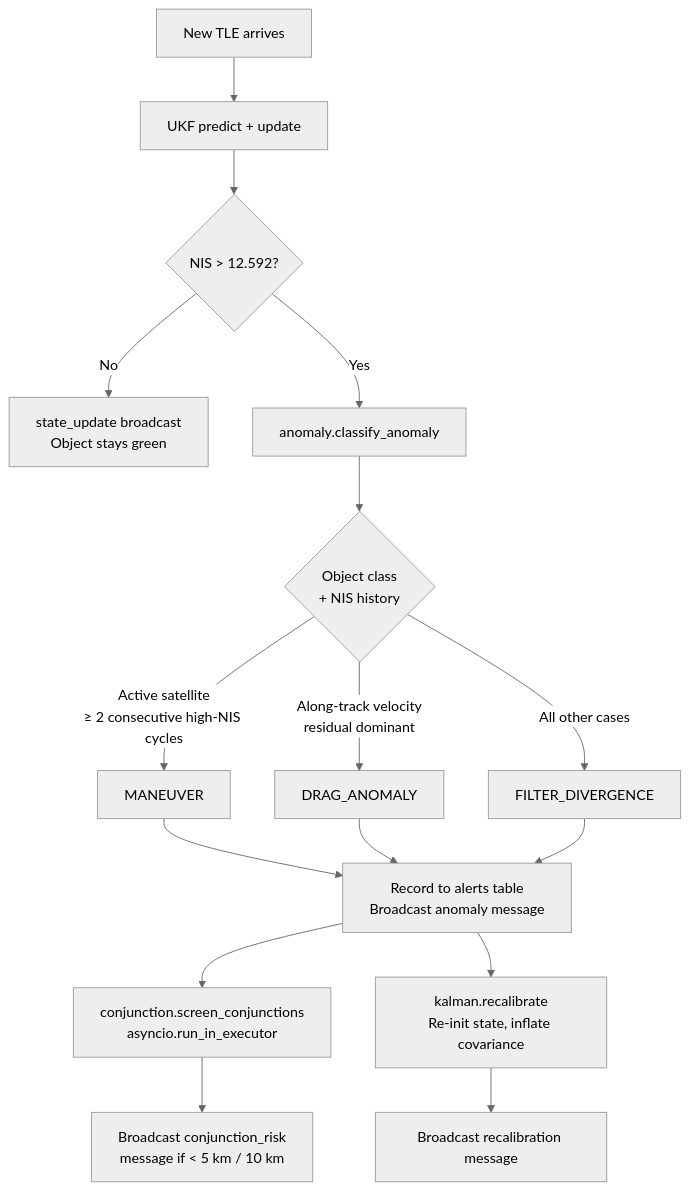
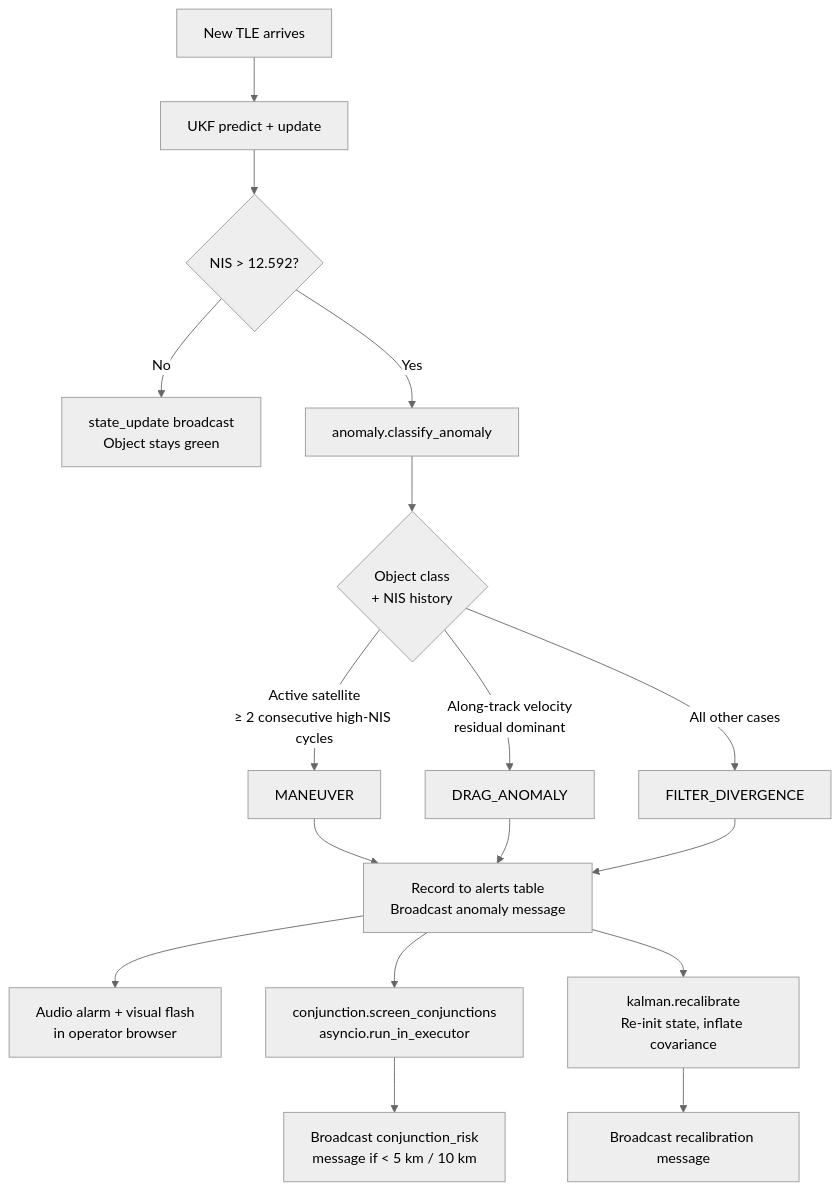
One commit to beamwarden/n-body changed the second of 2 diagrams in docs/reference/conops.md. Above: the diagram before and after it, drawn with Mermaid (neutral theme). The commit also changed other lines of this file and 25 other files, not shown here.

````diff
--- a/docs/reference/conops.md
+++ b/docs/reference/conops.md
@@ -112,16 +161,17 @@
 ```mermaid
 flowchart TD
     A[New TLE arrives] --> B[UKF predict + update]
     B --> C{NIS > 12.592?}
     C -->|No| D[state_update broadcast\nObject stays green]
     C -->|Yes| E[anomaly.classify_anomaly]
     E --> F{Object class\n+ NIS history}
     F -->|Active satellite\n≥ 2 consecutive high-NIS cycles| G[MANEUVER]
     F -->|Along-track velocity\nresidual dominant| H[DRAG_ANOMALY]
     F -->|All other cases| I[FILTER_DIVERGENCE]
     G & H & I --> J[Record to alerts table\nBroadcast anomaly message]
-    J --> K[conjunction.screen_conjunctions\nasyncio.run_in_executor]
-    K --> L[Broadcast conjunction_risk\nmessage if < 5 km / 10 km]
-    J --> M[kalman.recalibrate\nRe-init state, inflate covariance]
-    M --> N[Broadcast recalibration message]
+    J --> K[Audio alarm + visual flash\nin operator browser]
+    J --> L[conjunction.screen_conjunctions\nasyncio.run_in_executor]
+    L --> M[Broadcast conjunction_risk\nmessage if < 5 km / 10 km]
+    J --> N[kalman.recalibrate\nRe-init state, inflate covariance]
+    N --> O[Broadcast recalibration message]
 ```
````
